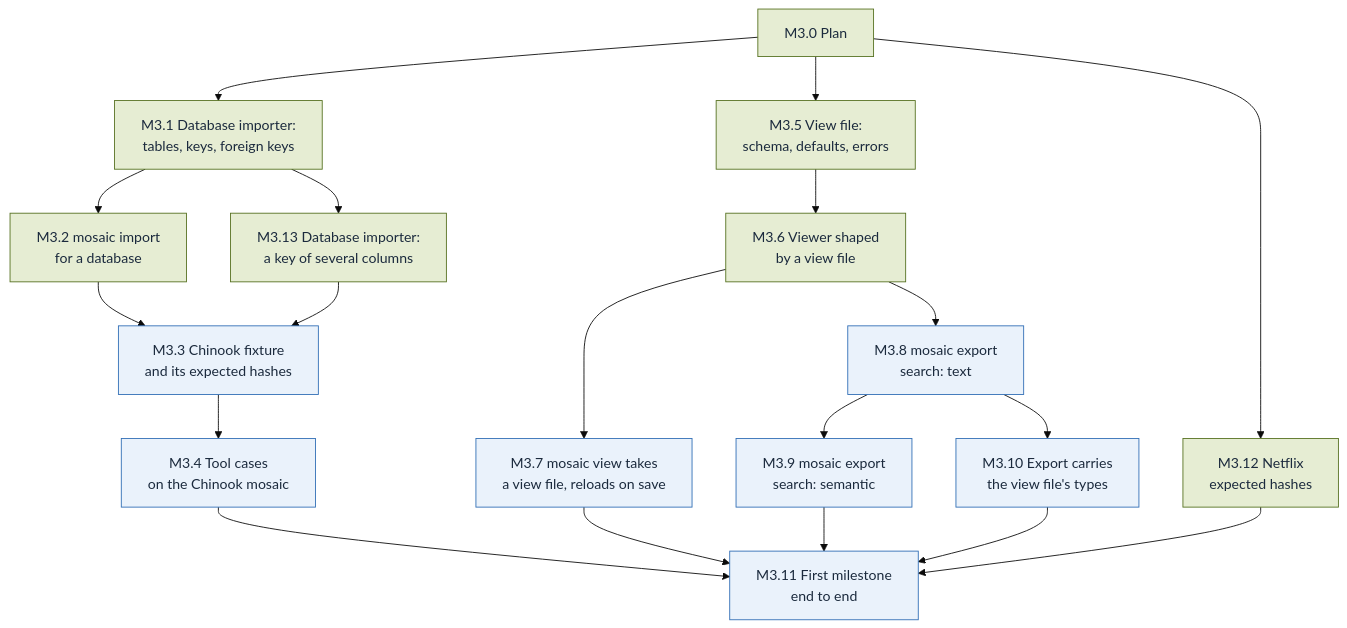
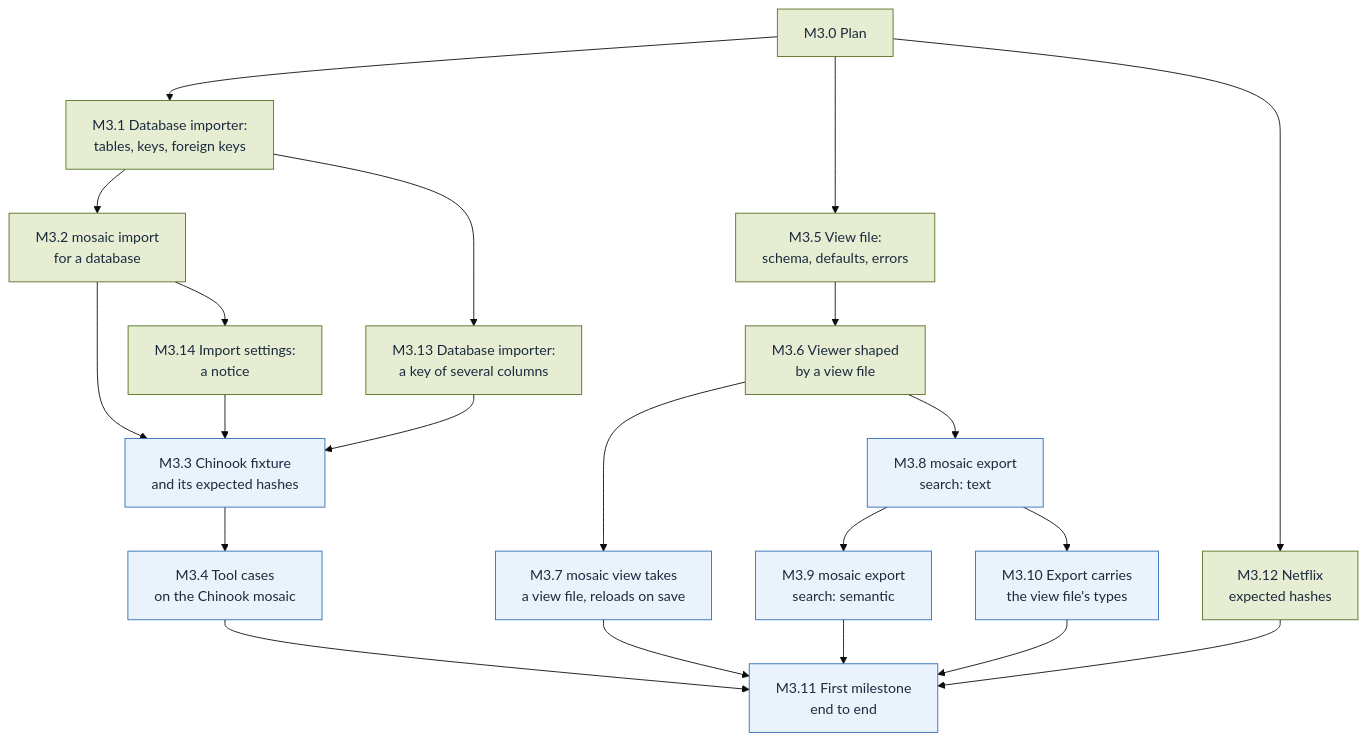
One commit to alcjor/Mosaic changed the diagram in plan/M3.md. Above: the diagram before and after it, drawn with Mermaid (base theme). The commit also changed other lines of this file and 8 other files, not shown here.

First line of the commit message:
M3.14 Import settings: a notice (#129)

````diff
--- a/plan/M3.md
+++ b/plan/M3.md
@@ -3,69 +3,74 @@
 ```mermaid
 flowchart TD
   classDef done fill:#E6EDD3,stroke:#55701F,color:#1B2A3D
   classDef todo fill:#EAF2FB,stroke:#2F6DB5,color:#1B2A3D
   classDef parked fill:#FCEFCF,stroke:#F2B630,color:#1B2A3D
   %% One block per slice: its node, then its status (done, todo or parked).
   %% Blank lines keep each status line apart, so two PRs marking two slices merge cleanly.
 
   M3_0["M3.0 Plan"]
   class M3_0 done
 
   M3_1["M3.1 Database importer:<br/>tables, keys, foreign keys"]
   class M3_1 done
 
   M3_2["M3.2 mosaic import<br/>for a database"]
   class M3_2 done
 
   M3_3["M3.3 Chinook fixture<br/>and its expected hashes"]
   class M3_3 todo
 
   M3_4["M3.4 Tool cases<br/>on the Chinook mosaic"]
   class M3_4 todo
 
   M3_5["M3.5 View file:<br/>schema, defaults, errors"]
   class M3_5 done
 
   M3_6["M3.6 Viewer shaped<br/>by a view file"]
   class M3_6 done
 
   M3_7["M3.7 mosaic view takes<br/>a view file, reloads on save"]
   class M3_7 todo
 
   M3_8["M3.8 mosaic export<br/>search: text"]
   class M3_8 todo
 
   M3_9["M3.9 mosaic export<br/>search: semantic"]
   class M3_9 todo
 
   M3_10["M3.10 Export carries<br/>the view file's types"]
   class M3_10 todo
 
   M3_11["M3.11 First milestone<br/>end to end"]
   class M3_11 todo
 
   M3_12["M3.12 Netflix<br/>expected hashes"]
   class M3_12 done
 
   M3_13["M3.13 Database importer:<br/>a key of several columns"]
   class M3_13 done
 
+  M3_14["M3.14 Import settings:<br/>a notice"]
+  class M3_14 done
+
   M3_0 --> M3_1
   M3_1 --> M3_2
   M3_2 --> M3_3
   M3_3 --> M3_4
   M3_0 --> M3_5
   M3_5 --> M3_6
   M3_6 --> M3_7
   M3_6 --> M3_8
   M3_8 --> M3_9
   M3_8 --> M3_10
   M3_4 --> M3_11
   M3_7 --> M3_11
   M3_9 --> M3_11
   M3_10 --> M3_11
   M3_0 --> M3_12
   M3_12 --> M3_11
   M3_1 --> M3_13
   M3_13 --> M3_3
+  M3_2 --> M3_14
+  M3_14 --> M3_3
 ```
````
